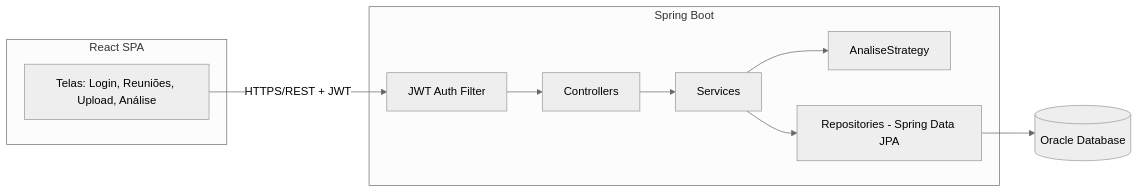
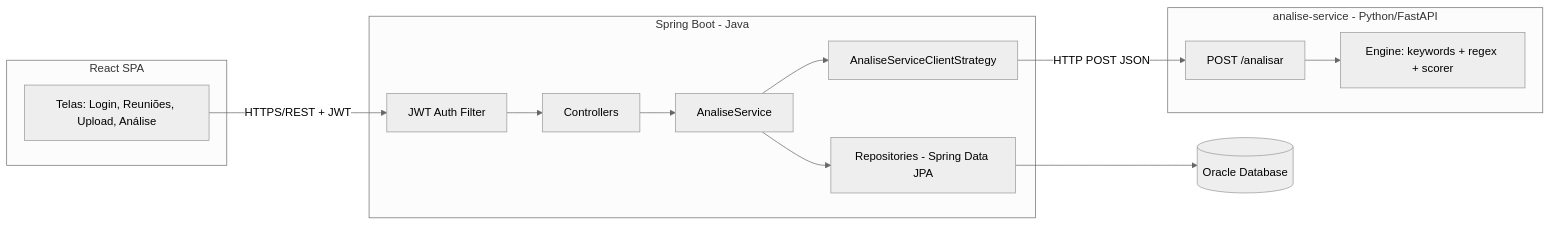
The first of 2 diagrams in docs/SDD.md (Challenge-Totvs/ProjetoTotvs), drawn with Mermaid (neutral theme) before and after one commit. The commit also changed other lines of this file and 2 other files, not shown here.

Commit message:
docs: add python structure analyze on README and SDD

````diff
--- a/docs/SDD.md
+++ b/docs/SDD.md
@@ -60,20 +63,25 @@
 ```mermaid
 flowchart LR
     subgraph Frontend [React SPA]
         UI[Telas: Login, Reuniões, Upload, Análise]
     end
 
-    subgraph Backend [Spring Boot]
+    subgraph Backend [Spring Boot - Java]
         FILTER[JWT Auth Filter]
         CTRL[Controllers]
-        SVC[Services]
-        STRAT[AnaliseStrategy]
+        SVC[AnaliseService]
+        STRAT[AnaliseServiceClientStrategy]
         REPO[Repositories - Spring Data JPA]
+    end
+
+    subgraph Motor [analise-service - Python/FastAPI]
+        API[POST /analisar]
+        ENGINE[Engine: keywords + regex + scorer]
     end
 
     DB[(Oracle Database)]
 
     UI -->|HTTPS/REST + JWT| FILTER --> CTRL --> SVC
-    SVC --> STRAT
+    SVC --> STRAT -->|HTTP POST JSON| API --> ENGINE
     SVC --> REPO --> DB
 ```
````
